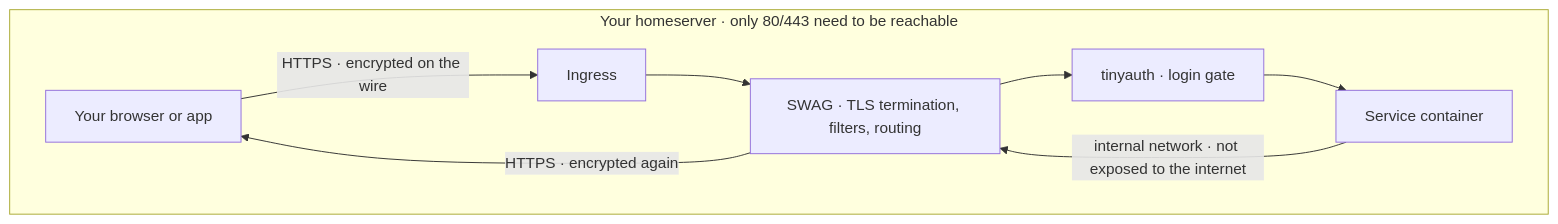
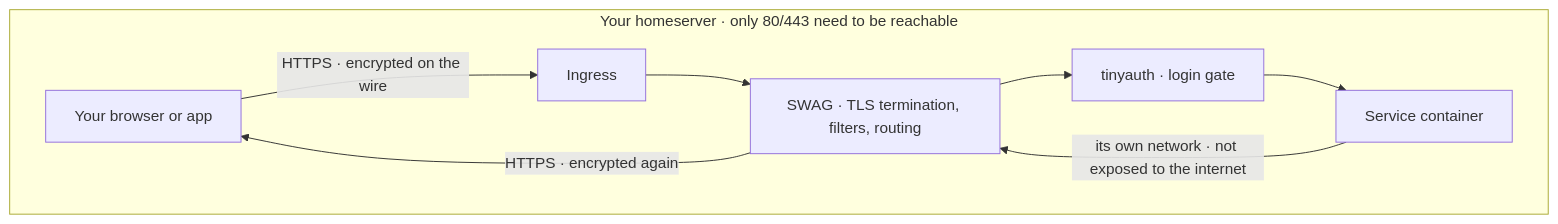
The first of 4 diagrams in docs/ARCHITECTURE.md (madebydamo/neo), drawn with Mermaid before and after one commit. The commit also changed other lines of this file and 8 other files, not shown here.

````diff
--- a/docs/ARCHITECTURE.md
+++ b/docs/ARCHITECTURE.md
@@ -17,12 +17,12 @@
 ```mermaid
 flowchart TB
   USER[Your browser or app] -->|"HTTPS · encrypted on the wire"| EDGE[Ingress]
 
   subgraph host [Your homeserver · only 80/443 need to be reachable]
     EDGE --> SWAG[SWAG · TLS termination, filters, routing]
     SWAG --> AUTH[tinyauth · login gate]
     AUTH --> APP[Service container]
-    APP -->|"internal network · not exposed to the internet"| SWAG
+    APP -->|"its own network · not exposed to the internet"| SWAG
     SWAG -->|"HTTPS · encrypted again"| USER
   end
 ```
````
